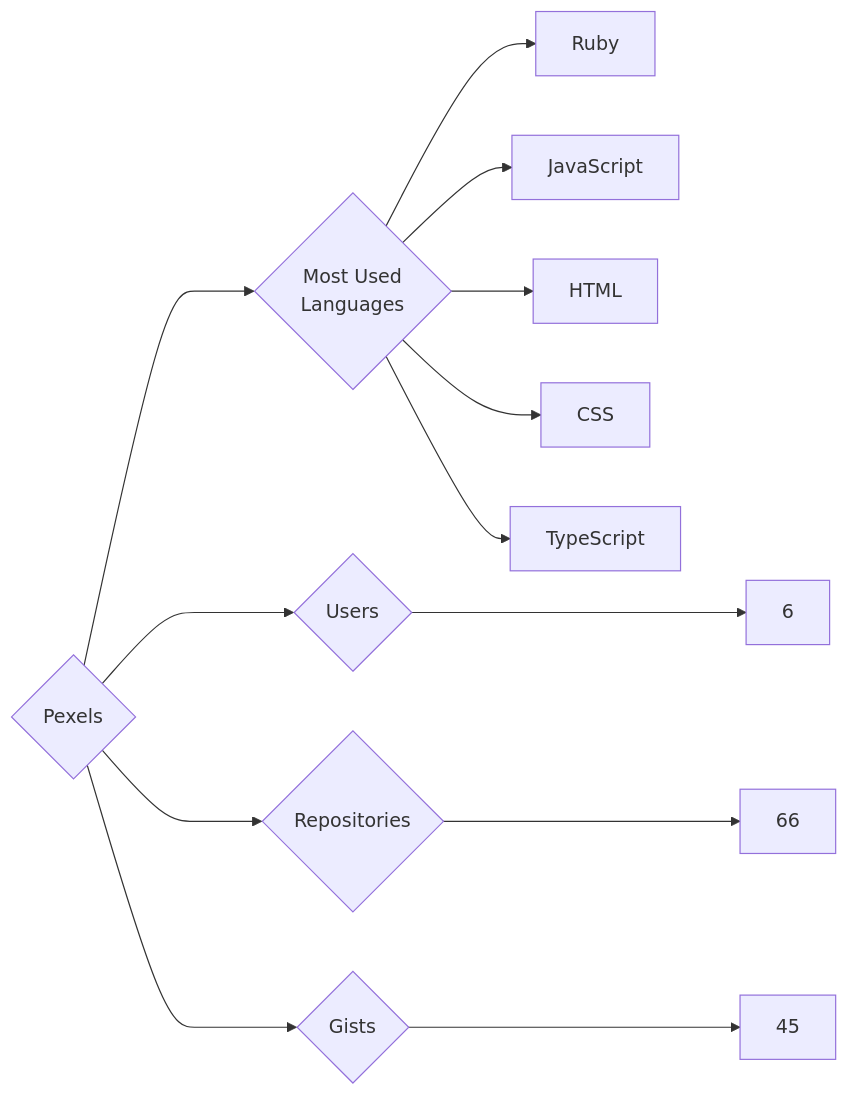
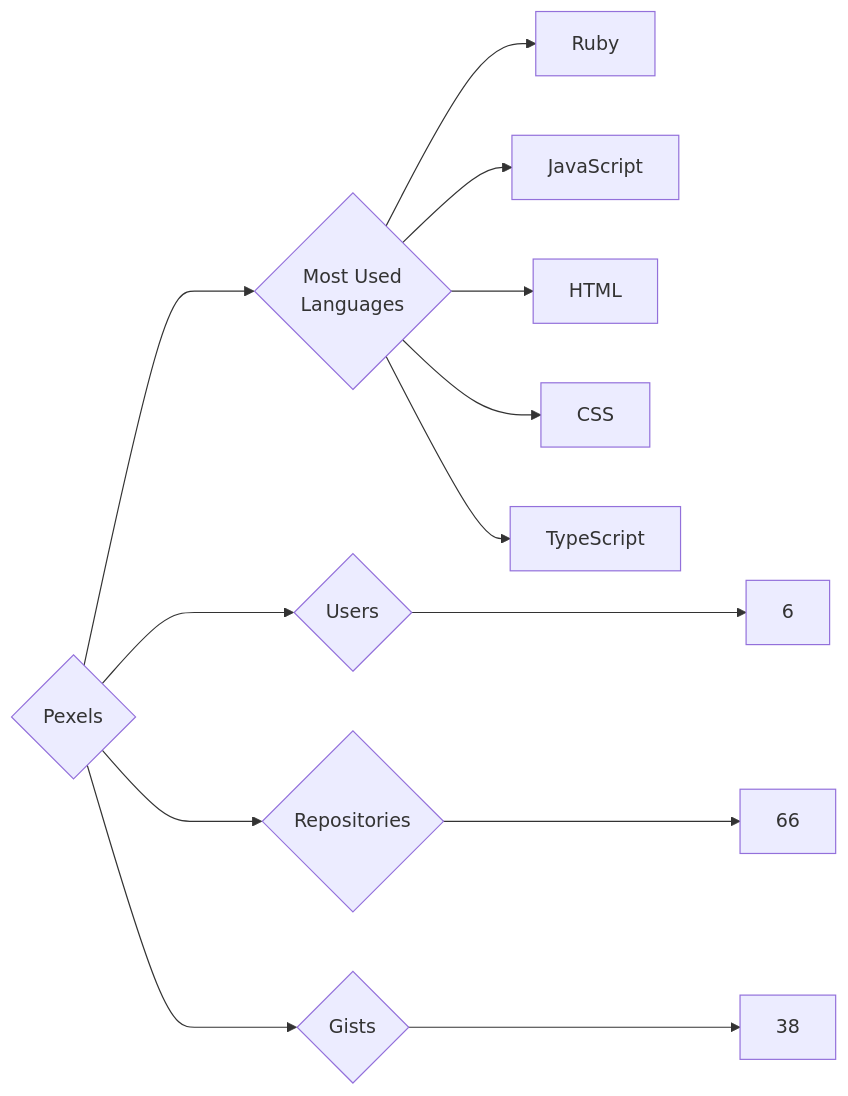
The diagram in targets/Pexels/README.md (trickest/insiders), drawn with Mermaid before and after one commit. The commit also changed 765 other files, not shown here.

````diff
--- a/targets/Pexels/README.md
+++ b/targets/Pexels/README.md
@@ -3,13 +3,13 @@
 ```mermaid
 graph LR
 COMPANY_NAME{Pexels}
 COMPANY_NAME ---> U{Users} ---> UN[6]
 COMPANY_NAME ---> R{Repositories} ---> RN[66]
-COMPANY_NAME ---> G{Gists} ---> GN[45]
+COMPANY_NAME ---> G{Gists} ---> GN[38]
 COMPANY_NAME ---> ML{Most Used<br>Languages}
 ML --> Ruby[Ruby]
 ML --> JavaScript[JavaScript]
 ML --> HTML[HTML]
 ML --> CSS[CSS]
 ML --> TypeScript[TypeScript]
 ```
````
